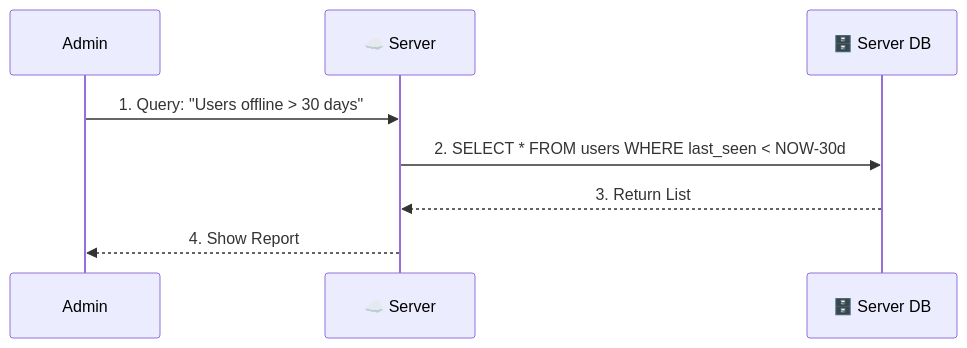
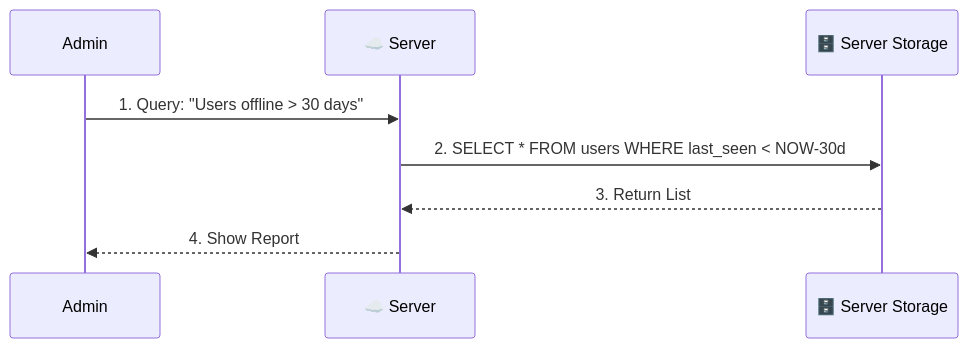
Diagram 15 of 18 in use_case.md (sameerctinfotech/temp-share), drawn with Mermaid before and after one commit. The commit also changed other lines of this file, not shown here.

````diff
--- a/use_case.md
+++ b/use_case.md
@@ -318,11 +318,11 @@
 ```mermaid
 sequenceDiagram
     participant Admin
     participant Server as ☁️ Server
-    participant SDB as 🗄️ Server DB
+    participant SS as 🗄️ Server Storage
 
     Admin->>Server: 1. Query: "Users offline > 30 days"
-    Server->>SDB: 2. SELECT * FROM users WHERE last_seen < NOW-30d
-    SDB-->>Server: 3. Return List
+    Server->>SS: 2. SELECT * FROM users WHERE last_seen < NOW-30d
+    SS-->>Server: 3. Return List
     Server-->>Admin: 4. Show Report
 ```
````
